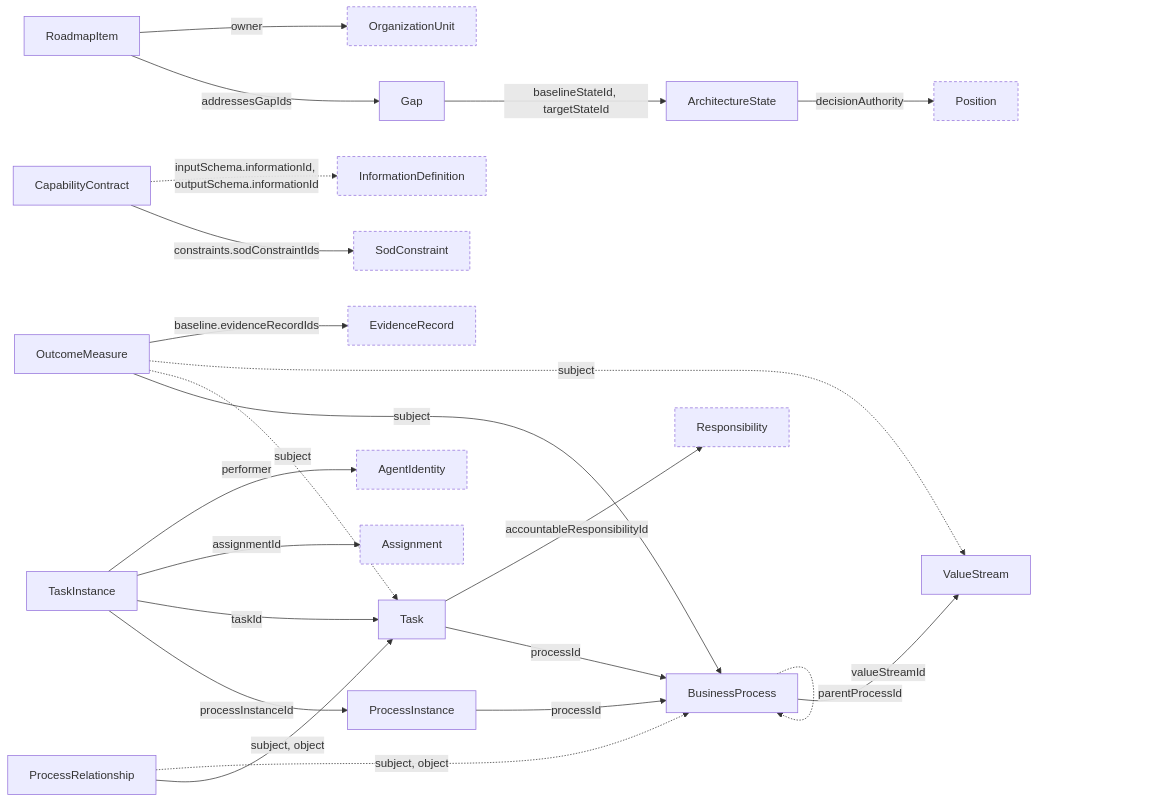
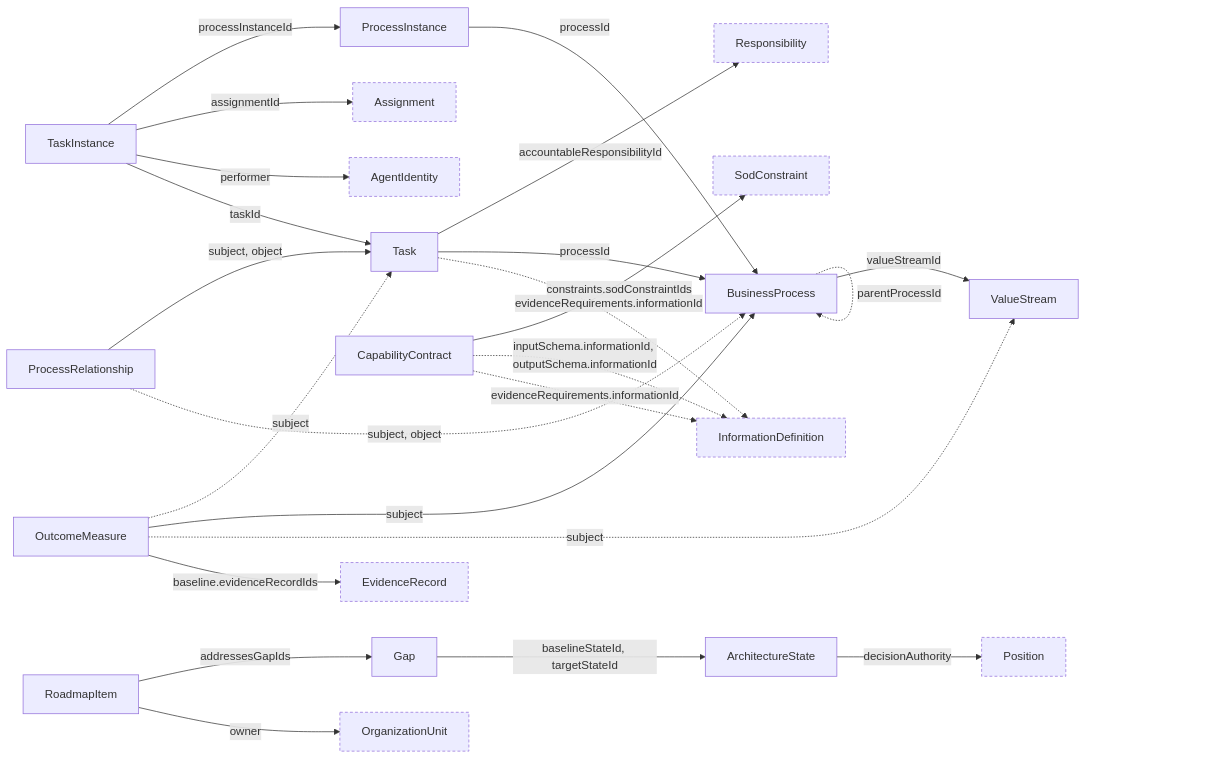
Before and after one commit to nauticana/charter: the diagram in schema/process/README.md, drawn with Mermaid. The commit also changed other lines of this file and 89 other files, not shown here.

````diff
--- a/schema/process/README.md
+++ b/schema/process/README.md
@@ -9,27 +9,29 @@
 ```mermaid
 flowchart LR
     BusinessProcess -->|valueStreamId| ValueStream
     BusinessProcess -.->|parentProcessId| BusinessProcess
+    Task -->|accountableResponsibilityId| Responsibility
     Task -->|processId| BusinessProcess
-    Task -->|accountableResponsibilityId| Responsibility
     ProcessRelationship -->|subject, object| Task
     ProcessRelationship -.->|subject, object| BusinessProcess
     ProcessInstance -->|processId| BusinessProcess
     TaskInstance -->|processInstanceId| ProcessInstance
-    TaskInstance -->|taskId| Task
     TaskInstance -->|assignmentId| Assignment
     TaskInstance -->|performer| AgentIdentity
+    TaskInstance -->|taskId| Task
     CapabilityContract -->|constraints.sodConstraintIds| SodConstraint
     CapabilityContract -.->|inputSchema.informationId, outputSchema.informationId| InformationDefinition
+    CapabilityContract -.->|evidenceRequirements.informationId| InformationDefinition
+    Task -.->|evidenceRequirements.informationId| InformationDefinition
     Gap -->|baselineStateId, targetStateId| ArchitectureState
     RoadmapItem -->|addressesGapIds| Gap
     RoadmapItem -->|owner| OrganizationUnit
     ArchitectureState -->|decisionAuthority| Position
+    OutcomeMeasure -.->|subject| Task
     OutcomeMeasure -->|subject| BusinessProcess
-    OutcomeMeasure -.->|subject| Task
     OutcomeMeasure -.->|subject| ValueStream
     OutcomeMeasure -->|baseline.evidenceRecordIds| EvidenceRecord
 
     classDef ext stroke-dasharray: 4 3
     class Responsibility,Assignment,AgentIdentity,SodConstraint,OrganizationUnit,Position,EvidenceRecord,InformationDefinition ext
 ```
````
